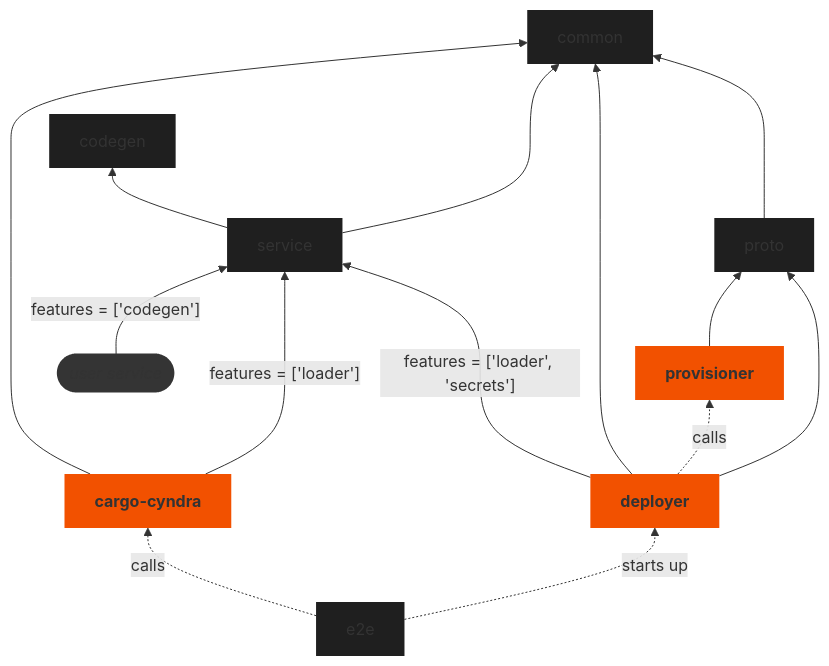
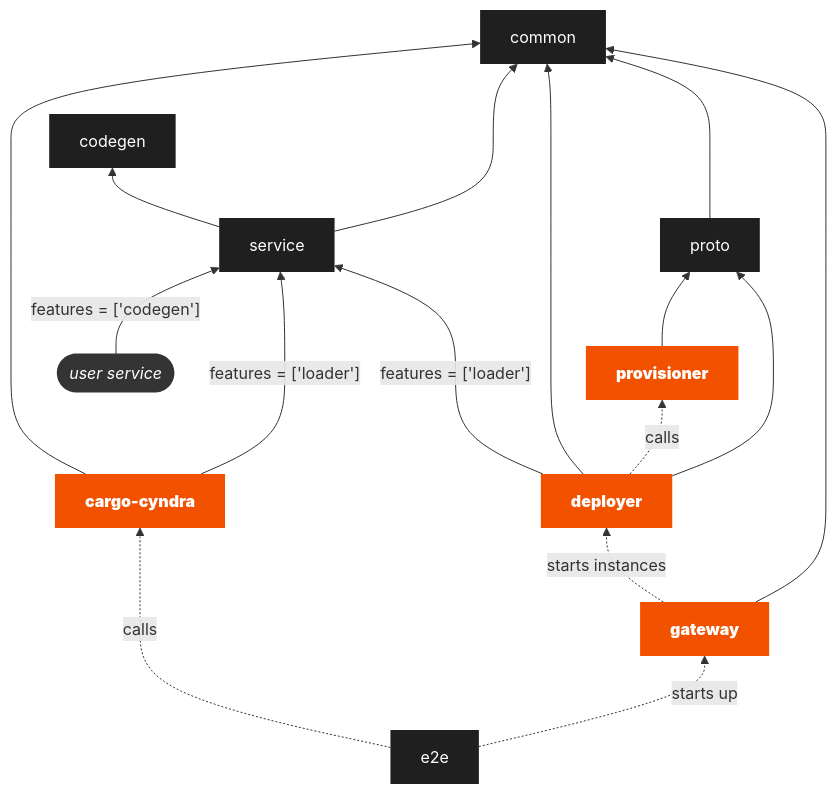
Before and after one commit to Cyndra-project/cyndra: the diagram in CONTRIBUTING.md, drawn with Mermaid. The commit also changed other lines of this file and 27 other files, not shown here.

````diff
--- a/CONTRIBUTING.md
+++ b/CONTRIBUTING.md
@@ -104,29 +116,32 @@
 ```mermaid
 graph BT
-    classDef default fill:#1f1f1f,stroke-width:0;
-    classDef binary fill:#f25100,font-weight:bold,stroke-width:0;
-    classDef external fill:#343434,font-style:italic,stroke:#f25100;
+    classDef default fill:#1f1f1f,stroke-width:0,color:white;
+    classDef binary fill:#f25100,font-weight:bolder,stroke-width:0,color:white;
+    classDef external fill:#343434,font-style:italic,stroke:#f25100,color:white;
 
     deployer:::binary
     cargo-cyndra:::binary
     common
     codegen
     e2e
     proto
     provisioner:::binary
     service
+    gateway:::binary
     user([user service]):::external
+    gateway --> common
+    gateway -.->|starts instances| deployer
     deployer --> proto
     deployer -.->|calls| provisioner
     service ---> common
     deployer --> common
     cargo-cyndra --->|"features = ['loader']"| service
-    deployer -->|"features = ['loader', 'secrets']"| service
+    deployer -->|"features = ['loader']"| service
     cargo-cyndra --> common
     service --> codegen
     proto ---> common
     provisioner --> proto
-    e2e -.->|starts up| deployer
+    e2e -.->|starts up| gateway
     e2e -.->|calls| cargo-cyndra
     user -->|"features = ['codegen']"| service
 ```
````
